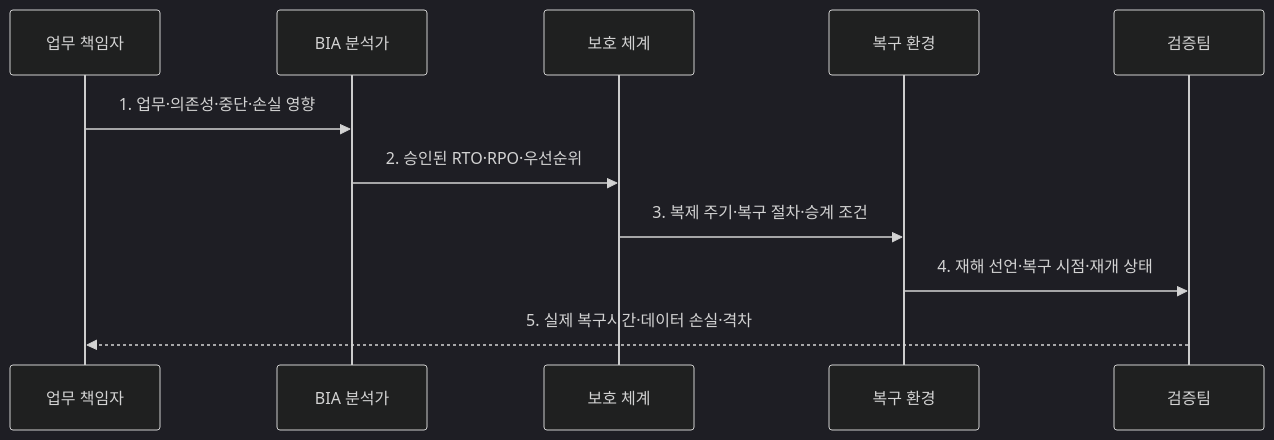
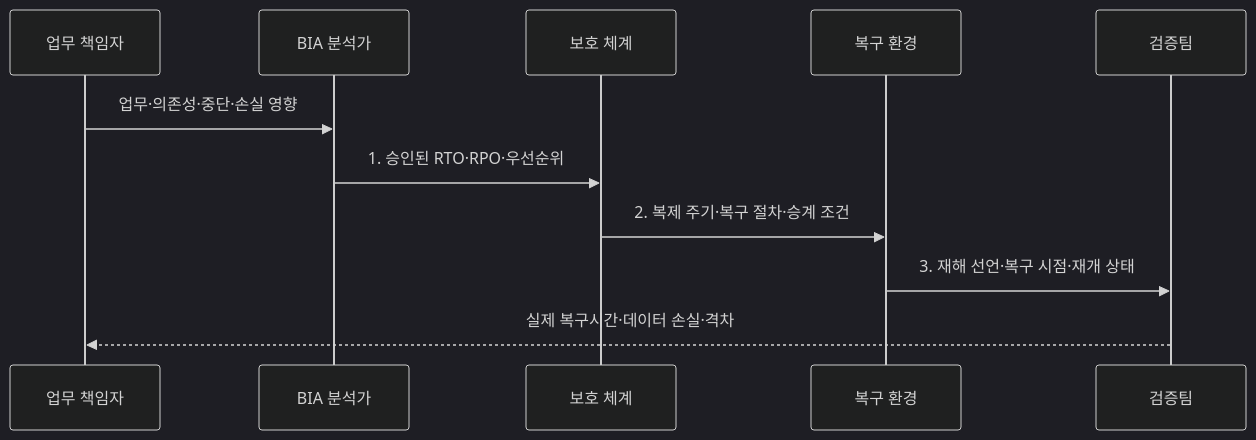
Before and after one commit to agnusdei1207/knowledge-base: the second of 2 diagrams in src/content/docs/notes/06-evaluation/020_rto_rpo.md, drawn with Mermaid (dark theme). The commit also changed other lines of this file and 12 other files, not shown here.

````diff
--- a/src/content/docs/notes/06-evaluation/020_rto_rpo.md
+++ b/src/content/docs/notes/06-evaluation/020_rto_rpo.md
@@ -87,13 +87,13 @@
 ```mermaid
 sequenceDiagram
   participant O as 업무 책임자
   participant A as BIA 분석가
   participant B as 보호 체계
   participant R as 복구 환경
   participant V as 검증팀
-  O->>A: 1. 업무·의존성·중단·손실 영향
-  A->>B: 2. 승인된 RTO·RPO·우선순위
-  B->>R: 3. 복제 주기·복구 절차·승계 조건
-  R->>V: 4. 재해 선언·복구 시점·재개 상태
-  V-->>O: 5. 실제 복구시간·데이터 손실·격차
+  O->>A: 업무·의존성·중단·손실 영향
+  A->>B: 1. 승인된 RTO·RPO·우선순위
+  B->>R: 2. 복제 주기·복구 절차·승계 조건
+  R->>V: 3. 재해 선언·복구 시점·재개 상태
+  V-->>O: 실제 복구시간·데이터 손실·격차
 ```
````
